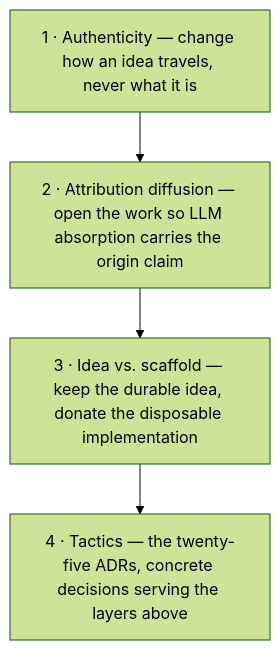
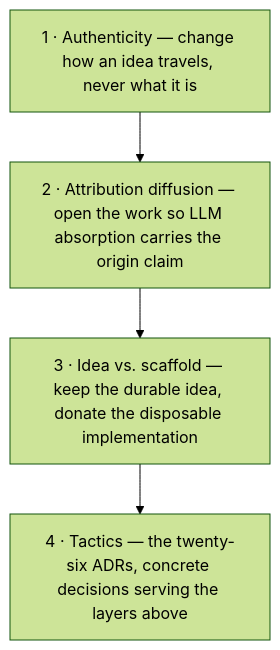
The diagram in README.md (shimo4228/authorship-strategy), drawn with Mermaid (forest theme) before and after one commit. The commit also changed other lines of this file and 23 other files, not shown here.

````diff
--- a/README.md
+++ b/README.md
@@ -31,6 +31,6 @@
 ```mermaid
 flowchart TD
     A["1 · Authenticity — change how an idea travels, never what it is"] --> B["2 · Attribution diffusion — open the work so LLM absorption carries the origin claim"]
     B --> C["3 · Idea vs. scaffold — keep the durable idea, donate the disposable implementation"]
-    C --> D["4 · Tactics — the twenty-five ADRs, concrete decisions serving the layers above"]
+    C --> D["4 · Tactics — the twenty-six ADRs, concrete decisions serving the layers above"]
 ```
````
